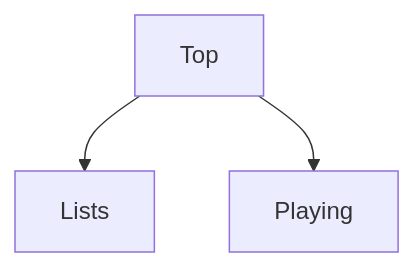
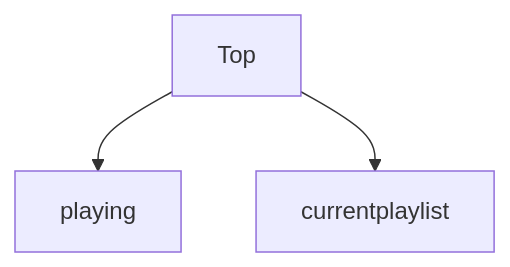
One commit to limiu82214/lazyAppleMusic changed the diagram in README.md. Above: the diagram before and after it, drawn with Mermaid. The commit also changed other lines of this file and 1 other file, not shown here.

````diff
--- a/README.md
+++ b/README.md
@@ -6,5 +8,5 @@
 ```mermaid
 flowchart TD
-    Top --> Lists
-    Top --> Playing
+    Top --> playing
+    Top --> currentplaylist
 ```
````
